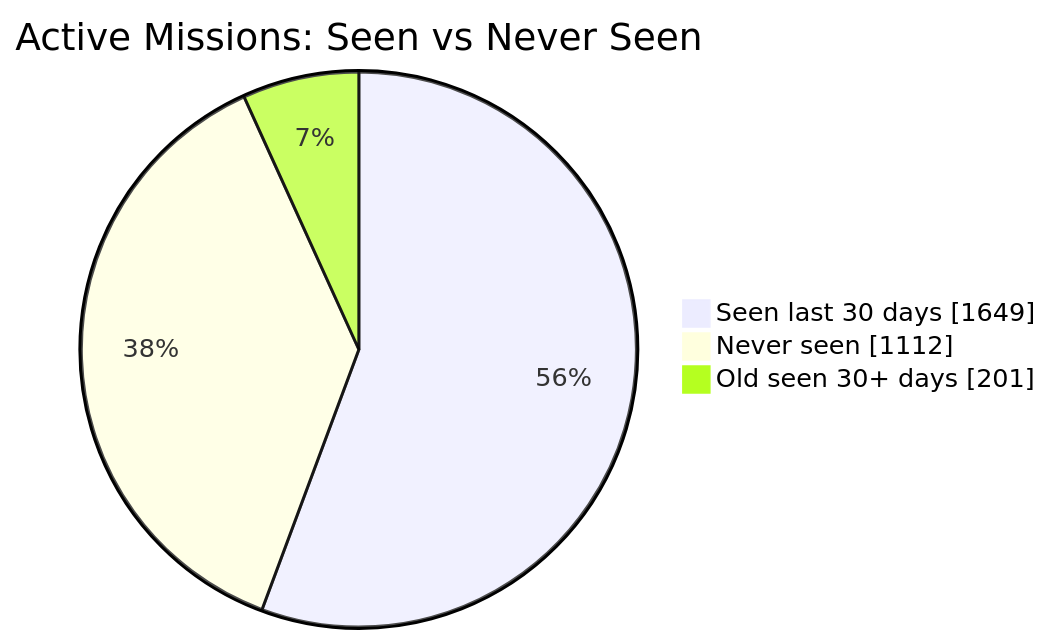
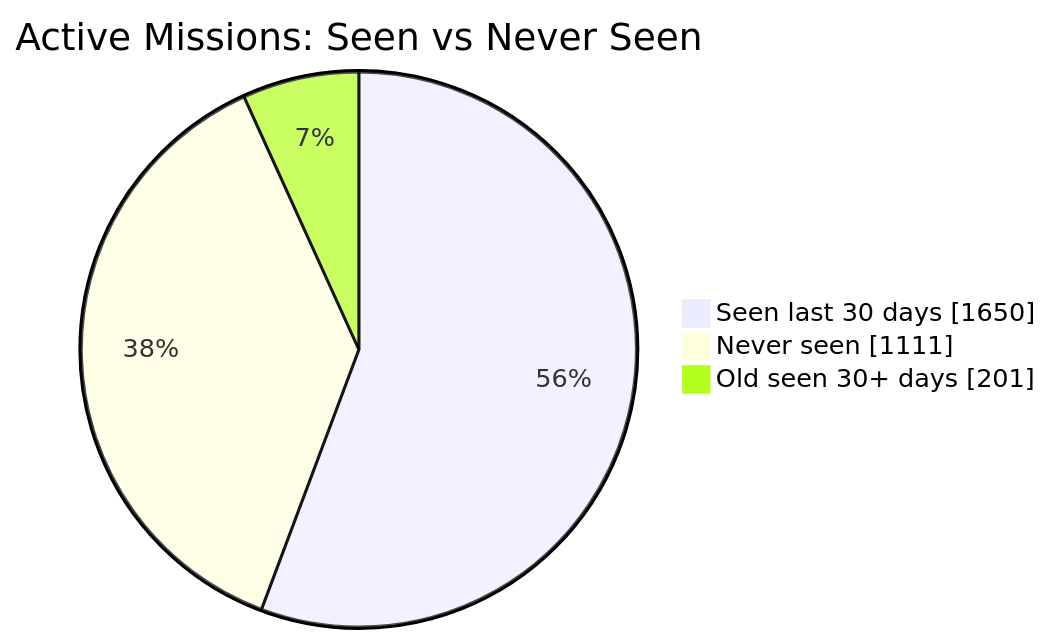
Before and after one commit to MeldkamerspelGameTeam/active-missions: the first of 2 diagrams in README.md, drawn with Mermaid. The commit also changed other lines of this file and 2 other files, not shown here.

````diff
--- a/README.md
+++ b/README.md
@@ -34,7 +34,7 @@
 ```mermaid
 pie showData
     title Active Missions: Seen vs Never Seen
-    "Seen last 30 days" : 1649
-    "Never seen" : 1112
+    "Seen last 30 days" : 1650
+    "Never seen" : 1111
     "Old seen 30+ days" : 201
 ```
````
